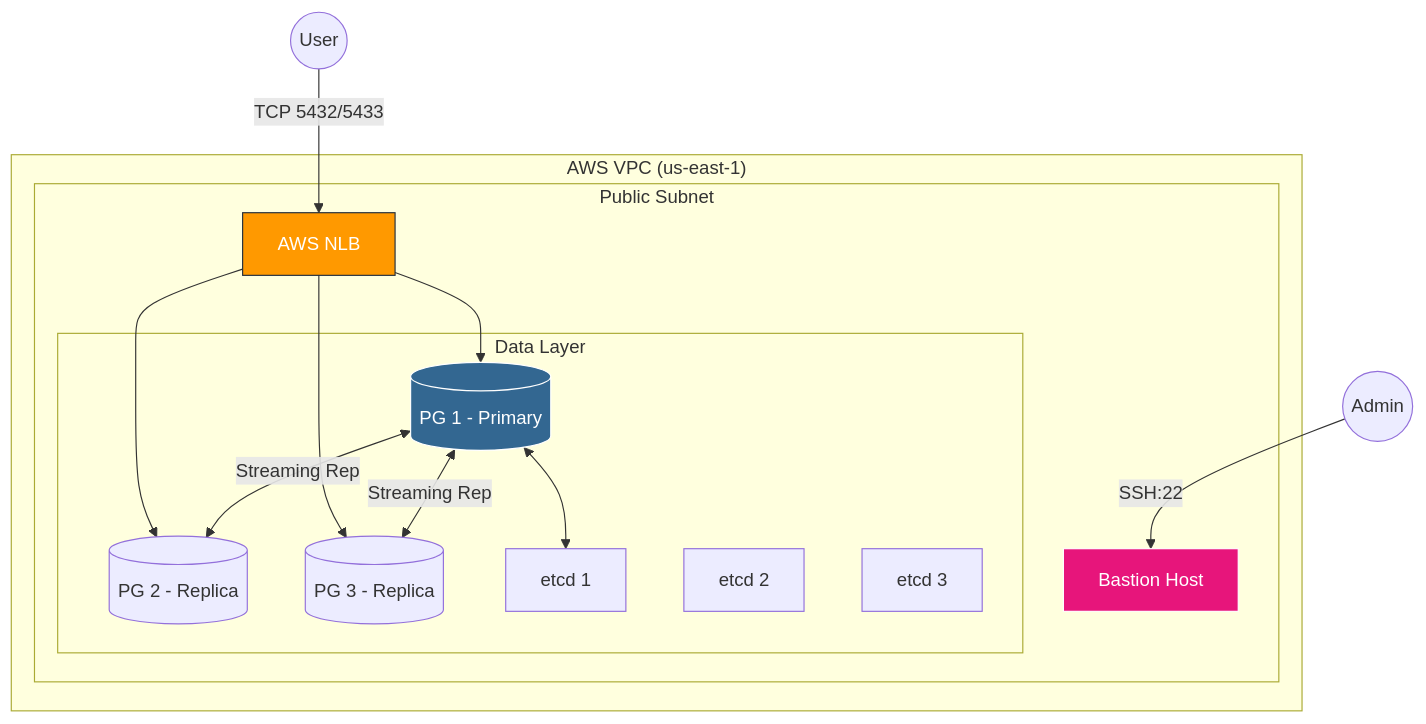
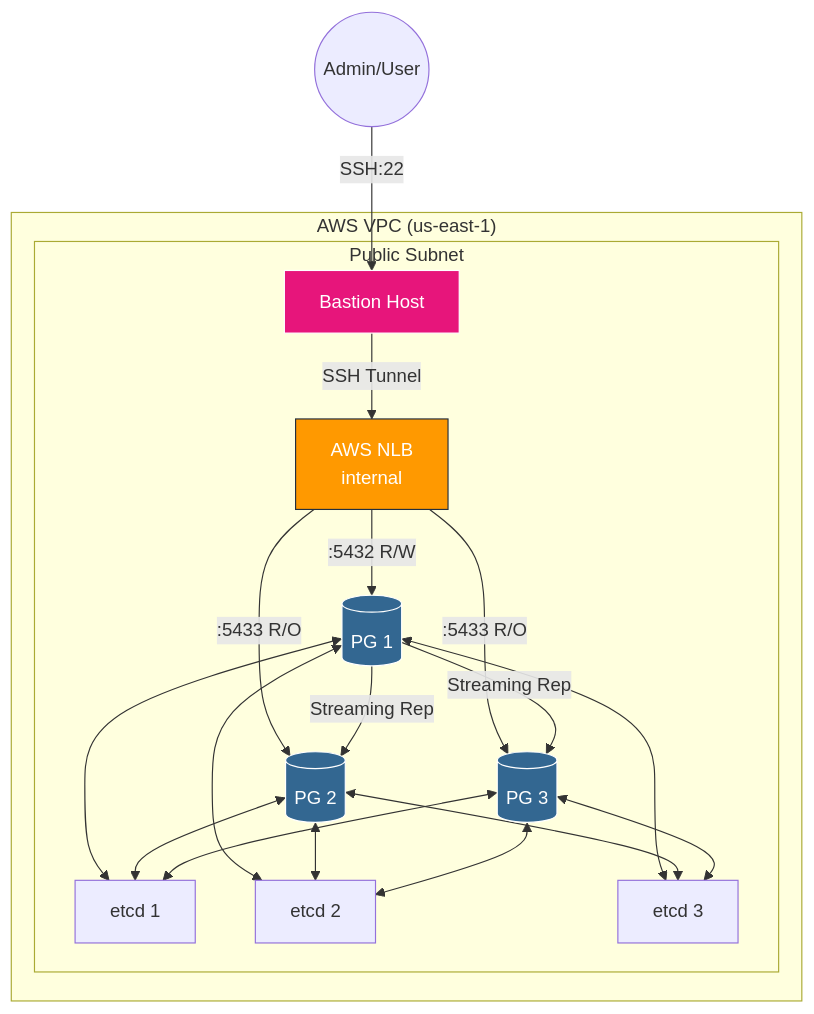
One commit to jean-souto/postgresql-ha-ec2 changed the first of 2 diagrams in README.md. Above: the diagram before and after it, drawn with Mermaid. The commit also changed other lines of this file, not shown here.

Commit message:
Fix architecture diagrams to reflect actual infrastructure

````diff
--- a/README.md
+++ b/README.md
@@ -40,32 +40,35 @@
 ```mermaid
 graph TD
-    User((User)) -->|TCP 5432/5433| NLB[AWS NLB]
-    Admin((Admin)) -->|SSH:22| Bastion[Bastion Host]
+    Admin((Admin/User)) -->|SSH:22| Bastion[Bastion Host]
+    Bastion -->|SSH Tunnel| NLB
 
     subgraph AWS_VPC ["AWS VPC (us-east-1)"]
         subgraph Public_Subnet ["Public Subnet"]
             Bastion
-            NLB
+            NLB[AWS NLB<br/>internal]
 
-            subgraph Data_Layer ["Data Layer"]
-                PG1[(PG 1 - Primary)]
-                PG2[(PG 2 - Replica)]
-                PG3[(PG 3 - Replica)]
-                ETCD1[etcd 1]
-                ETCD2[etcd 2]
-                ETCD3[etcd 3]
-            end
+            PG1[(PG 1)]
+            PG2[(PG 2)]
+            PG3[(PG 3)]
+
+            ETCD1[etcd 1]
+            ETCD2[etcd 2]
+            ETCD3[etcd 3]
         end
     end
 
-    NLB --> PG1
-    NLB --> PG2
-    NLB --> PG3
-    PG1 <--> ETCD1
-    PG1 <-->|Streaming Rep| PG2
-    PG1 <-->|Streaming Rep| PG3
+    NLB -->|:5432 R/W| PG1
+    NLB -->|:5433 R/O| PG2
+    NLB -->|:5433 R/O| PG3
+
+    PG1 -->|Streaming Rep| PG2
+    PG1 -->|Streaming Rep| PG3
+
+    PG1 & PG2 & PG3 <--> ETCD1 & ETCD2 & ETCD3
 
     style NLB fill:#ff9900,stroke:#232f3e,color:white
     style PG1 fill:#336791,stroke:#fff,color:white
+    style PG2 fill:#336791,stroke:#fff,color:white
+    style PG3 fill:#336791,stroke:#fff,color:white
     style Bastion fill:#e7157b,stroke:#fff,color:white
 ```
````
